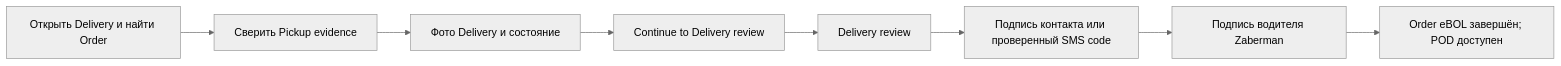
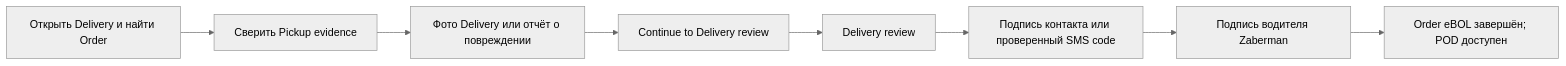
The third of 4 diagrams in docs/mobile-app/ru/business-overview.md (yarsuleimenov-code/Mobile_app), drawn with Mermaid (neutral theme) before and after one commit. The commit also changed other lines of this file and 33 other files, not shown here.

````diff
--- a/docs/mobile-app/ru/business-overview.md
+++ b/docs/mobile-app/ru/business-overview.md
@@ -75,10 +75,10 @@
 ```mermaid
 flowchart LR
   A["Открыть Delivery и найти Order"] --> B["Сверить Pickup evidence"]
-  B --> C["Фото Delivery и состояние"]
+  B --> C["Фото Delivery или отчёт о повреждении"]
   C --> D["Continue to Delivery review"]
   D --> E["Delivery review"]
   E --> F["Подпись контакта или проверенный SMS code"]
   F --> G["Подпись водителя Zaberman"]
   G --> H["Order eBOL завершён; POD доступен"]
 ```
````
